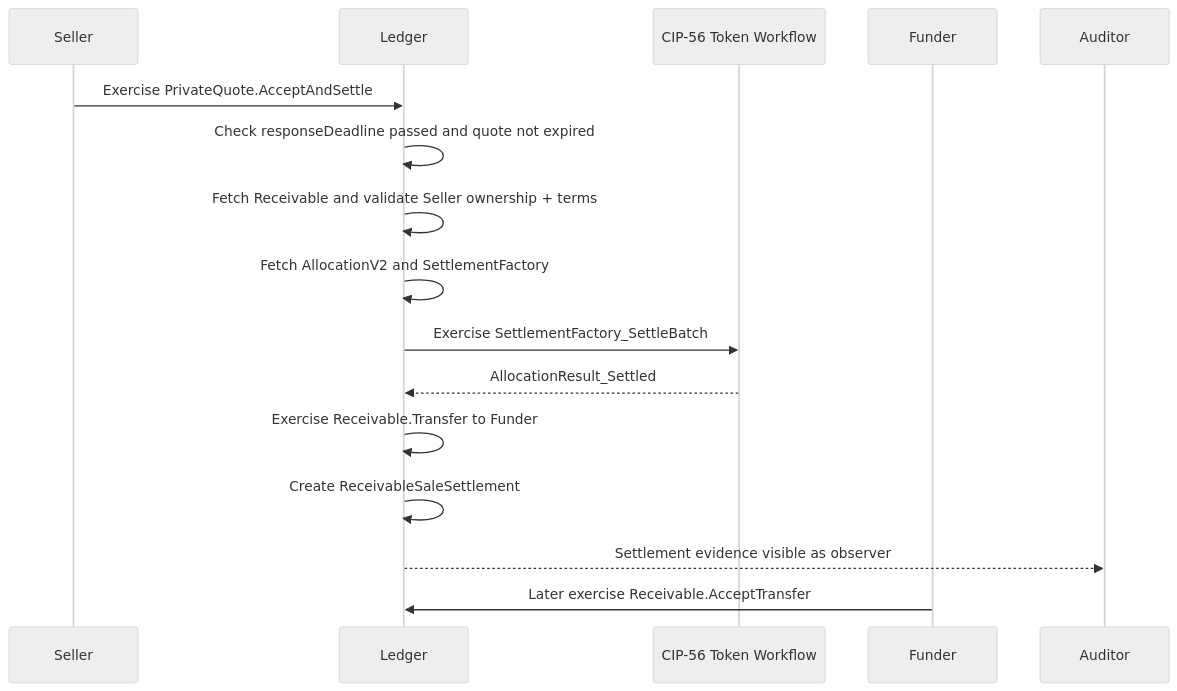
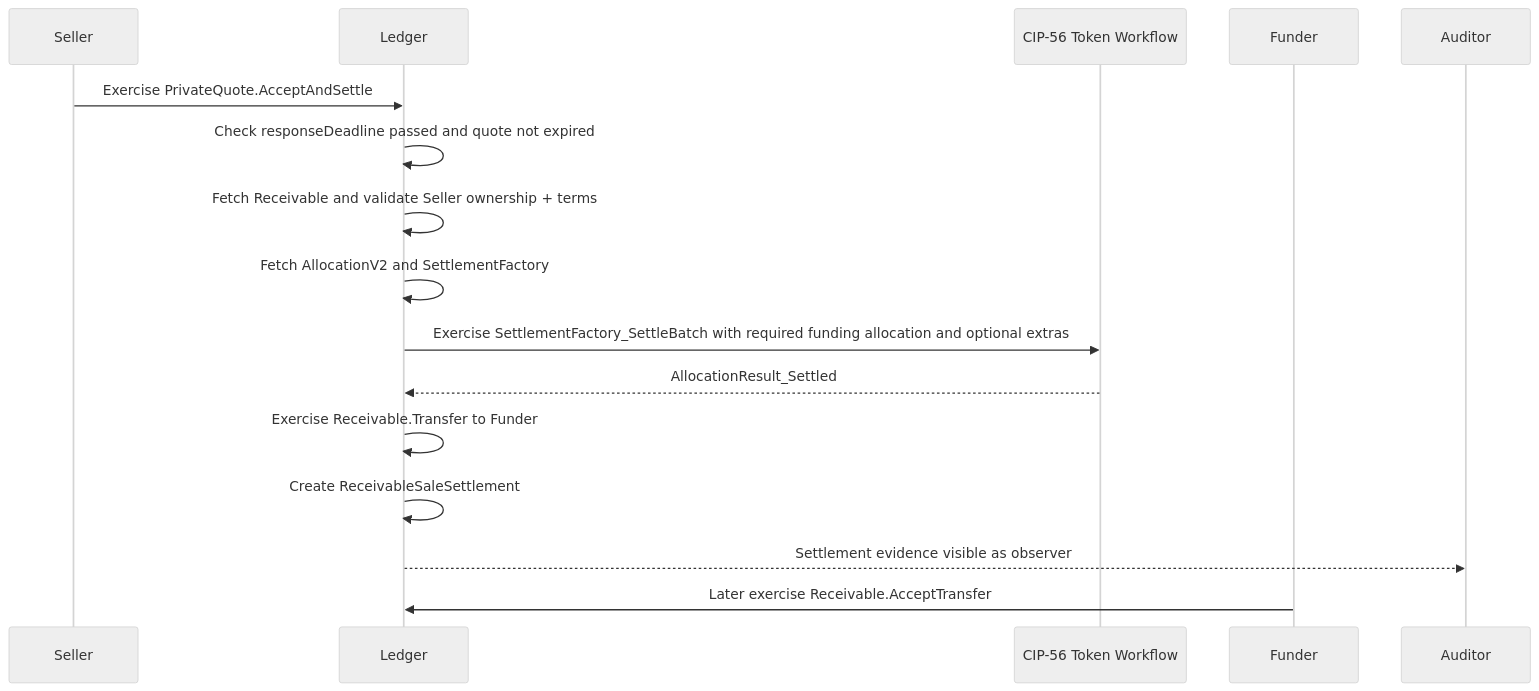
Before and after one commit to no-witness-labs/canton-hackathon-cloakRFQ: the fifth of 10 diagrams in docs/technical-design/005-workflow-diagrams.md, drawn with Mermaid (neutral theme). The commit also changed other lines of this file and 6 other files, not shown here.

````diff
--- a/docs/technical-design/005-workflow-diagrams.md
+++ b/docs/technical-design/005-workflow-diagrams.md
@@ -116,19 +116,19 @@
 ```mermaid
 sequenceDiagram
     participant S as Seller
     participant L as Ledger
     participant T as CIP-56 Token Workflow
     participant F as Funder
     participant A as Auditor
 
     S->>L: Exercise PrivateQuote.AcceptAndSettle
     L->>L: Check responseDeadline passed and quote not expired
     L->>L: Fetch Receivable and validate Seller ownership + terms
     L->>L: Fetch AllocationV2 and SettlementFactory
-    L->>T: Exercise SettlementFactory_SettleBatch
+    L->>T: Exercise SettlementFactory_SettleBatch with required funding allocation and optional extras
     T-->>L: AllocationResult_Settled
     L->>L: Exercise Receivable.Transfer to Funder
     L->>L: Create ReceivableSaleSettlement
     L-->>A: Settlement evidence visible as observer
     F->>L: Later exercise Receivable.AcceptTransfer
 ```
````
